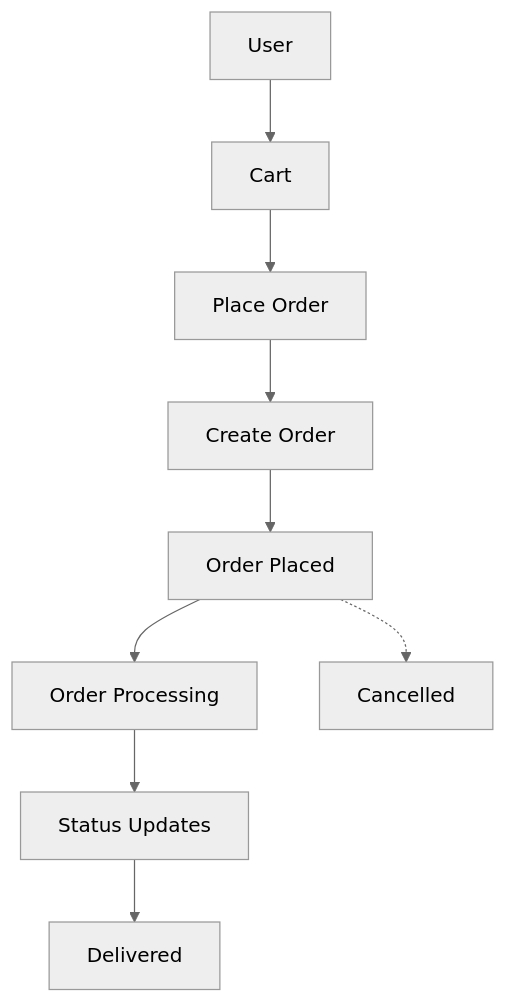
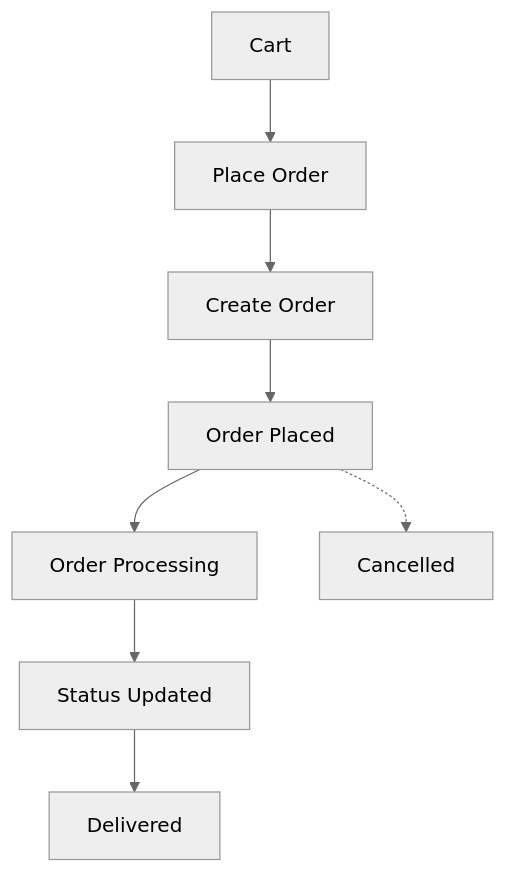
The seventh of 9 diagrams in README.md (SathvikHegade/food_delivary_backend), drawn with Mermaid (neutral theme) before and after one commit. The commit also changed other lines of this file and 7 other files, not shown here.

````diff
--- a/README.md
+++ b/README.md
@@ -343,12 +368,11 @@
 ```mermaid
 flowchart TD
-    A["User"] --> B["Cart"]
-    B --> C["Place Order"]
-    C --> D["Create Order"]
-    D --> E["Order Placed"]
-    E --> F["Order Processing"]
-    F --> G["Status Updates"]
-    G --> H["Delivered"]
+    A["Cart"] --> B["Place Order"]
+    B --> C["Create Order"]
+    C --> D["Order Placed"]
+    D --> E["Order Processing"]
+    E --> F["Status Updated"]
+    F --> G["Delivered"]
 
-    E -.-> I["Cancelled"]
+    D -.-> H["Cancelled"]
 ```
````
